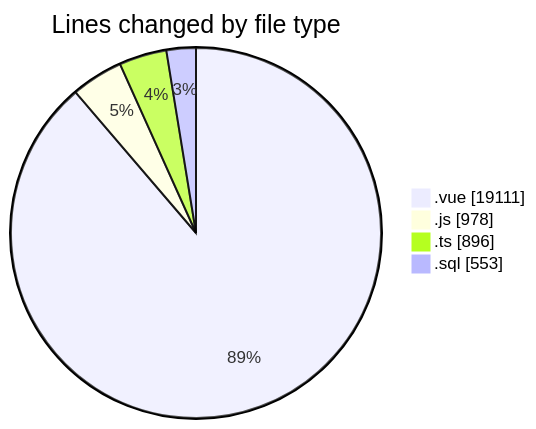
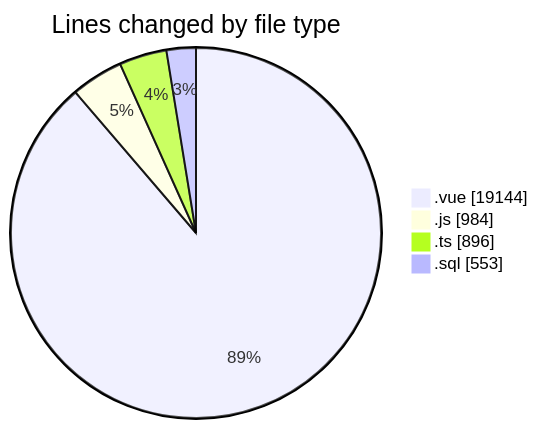
The first of 2 diagrams in 2025-08-13/rentotp/README.md (lephambinh05/code-tracking), drawn with Mermaid before and after one commit. The commit also changed other lines of this file and 1 other file, not shown here.

````diff
--- a/2025-08-13/rentotp/README.md
+++ b/2025-08-13/rentotp/README.md
@@ -42,8 +42,8 @@
 ```mermaid
 pie showData
 title Lines changed by file type
-".vue" : 19111
-".js" : 978
+".vue" : 19144
+".js" : 984
 ".ts" : 896
 ".sql" : 553
 ```
````
